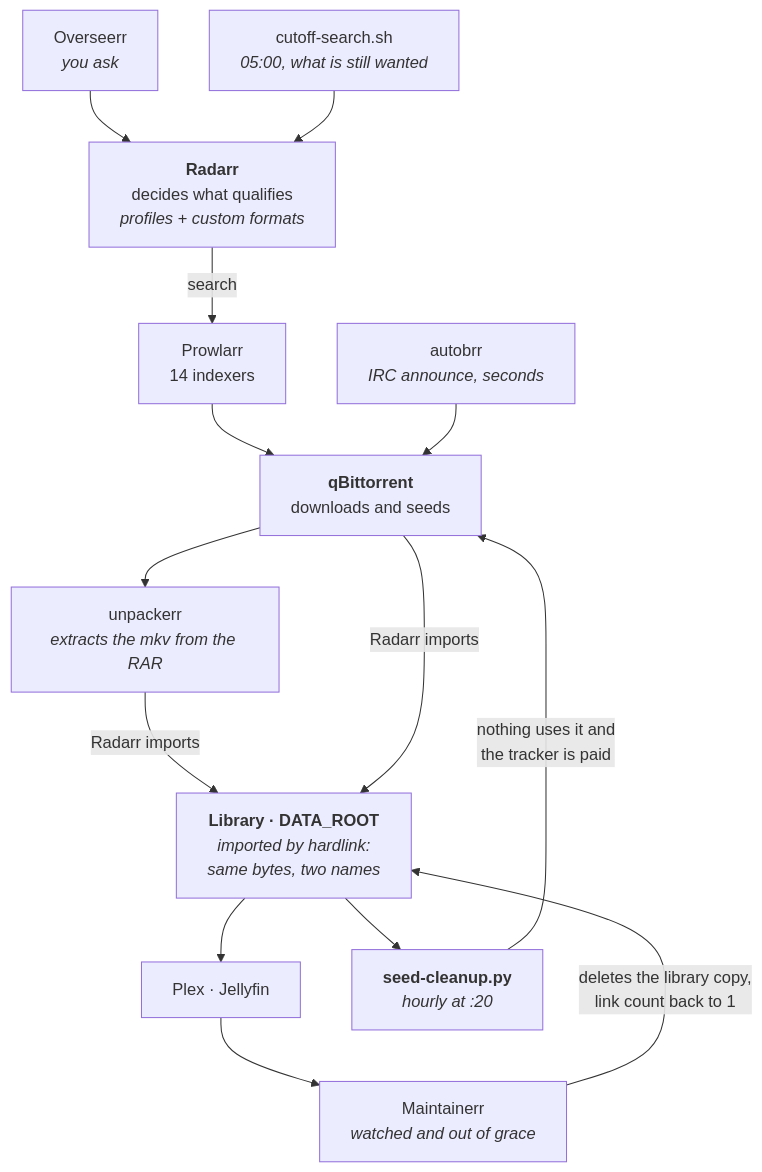
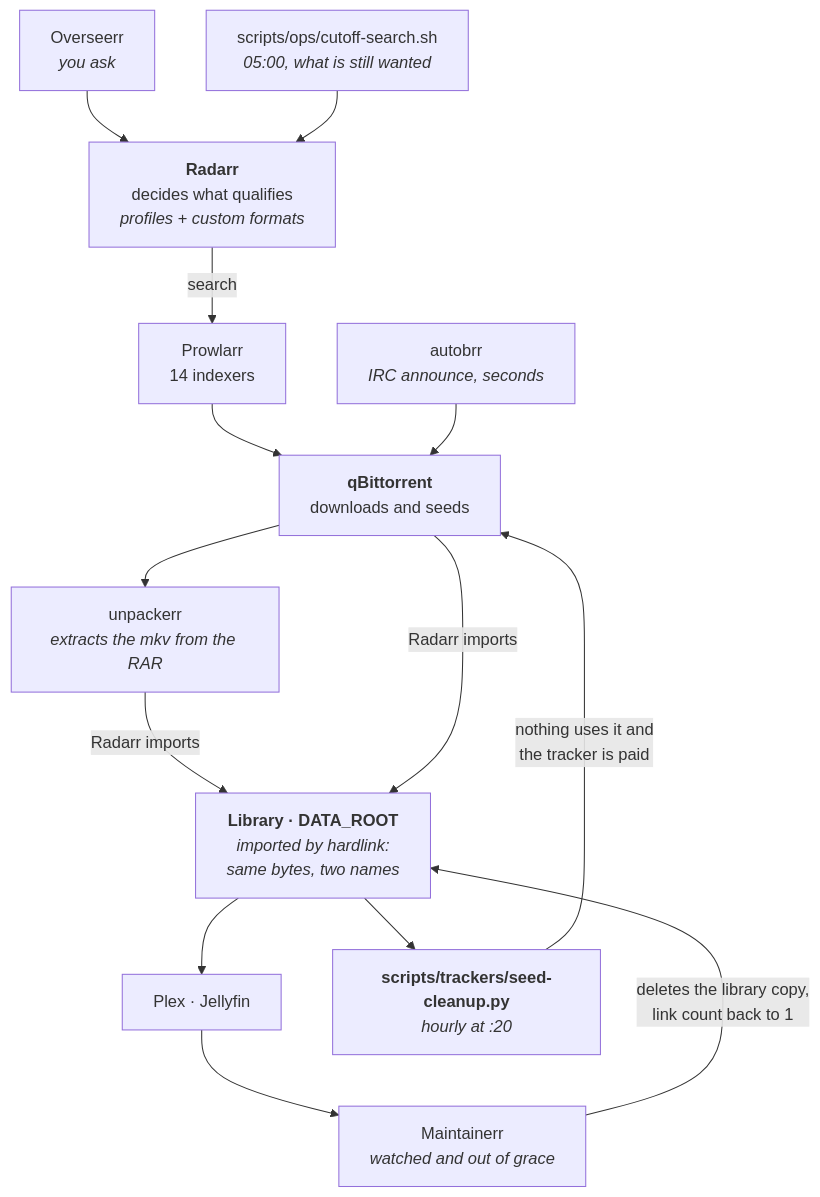
The third of 7 diagrams in docs/architecture.md (PlatanosVerdes/rpi-homeserver), drawn with Mermaid before and after one commit. The commit also changed other lines of this file and 48 other files, not shown here.

````diff
--- a/docs/architecture.md
+++ b/docs/architecture.md
@@ -127,16 +127,16 @@
 ```mermaid
 flowchart TB
   OV["Overseerr<br/><i>you ask</i>"] --> RA
-  CS["cutoff-search.sh<br/><i>05:00, what is still wanted</i>"] --> RA
+  CS["scripts/ops/cutoff-search.sh<br/><i>05:00, what is still wanted</i>"] --> RA
   RA["<b>Radarr</b><br/>decides what qualifies<br/><i>profiles + custom formats</i>"] -->|search| PR["Prowlarr<br/>14 indexers"]
   PR --> QB
   BRR["autobrr<br/><i>IRC announce, seconds</i>"] --> QB
   QB["<b>qBittorrent</b><br/>downloads and seeds"] --> UP["unpackerr<br/><i>extracts the mkv from the RAR</i>"]
   UP -->|Radarr imports| LIB
   QB -->|Radarr imports| LIB
   LIB["<b>Library · DATA_ROOT</b><br/><i>imported by hardlink:<br/>same bytes, two names</i>"] --> PX["Plex · Jellyfin"]
   PX --> MT["Maintainerr<br/><i>watched and out of grace</i>"]
   MT -->|"deletes the library copy,<br/>link count back to 1"| LIB
-  LIB --> SC["<b>seed-cleanup.py</b><br/><i>hourly at :20</i>"]
+  LIB --> SC["<b>scripts/trackers/seed-cleanup.py</b><br/><i>hourly at :20</i>"]
   SC -->|"nothing uses it and<br/>the tracker is paid"| QB
 ```
````
